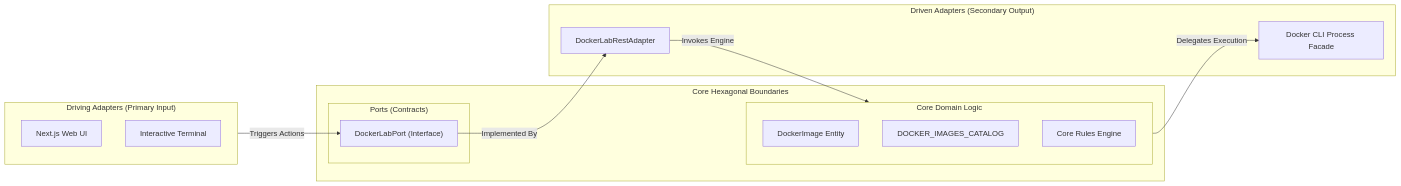
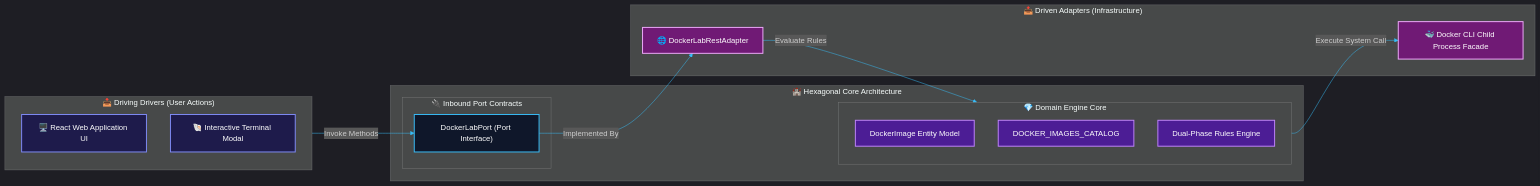
One commit to Chief-Strategist-J/pipeline-management changed the second of 5 diagrams in architecture/DOCKER_LAB_ARCHITECTURE.md. Above: the diagram before and after it, drawn with Mermaid. The commit also changed other lines of this file and 1 other file, not shown here.

Commit message:
feat(rules-engine): add dedicated execution strategy rules for all 47+ infrastructure images and upgrade Mermaid diagrams in architecture docs

````diff
--- a/architecture/DOCKER_LAB_ARCHITECTURE.md
+++ b/architecture/DOCKER_LAB_ARCHITECTURE.md
@@ -103,28 +111,34 @@
 ```mermaid
+%%{init: {'theme': 'dark', 'themeVariables': { 'primaryColor': '#064e3b', 'primaryTextColor': '#ffffff', 'primaryBorderColor': '#34d399', 'lineColor': '#38bdf8'}}}%%
 graph LR
-    subgraph Drivers["Driving Adapters (Primary Input)"]
-        WebUI["Next.js Web UI"]
-        CLITerminal["Interactive Terminal"]
+    classDef driverStyle fill:#1e1b4b,stroke:#818cf8,stroke-width:2px,color:#fff;
+    classDef portStyle fill:#0f172a,stroke:#38bdf8,stroke-width:2px,color:#fff;
+    classDef domainStyle fill:#4c1d95,stroke:#c084fc,stroke-width:2px,color:#fff;
+    classDef drivenStyle fill:#701a75,stroke:#f0abfc,stroke-width:2px,color:#fff;
+
+    subgraph Drivers["📥 Driving Drivers (User Actions)"]
+        WebUI["🖥️ React Web Application UI"]:::driverStyle
+        CLITerminal["🐚 Interactive Terminal Modal"]:::driverStyle
     end
 
-    subgraph Application["Core Hexagonal Boundaries"]
-        subgraph Ports["Ports (Contracts)"]
-            InboundPort["DockerLabPort (Interface)"]
+    subgraph Application["🏰 Hexagonal Core Architecture"]
+        subgraph Ports["🔌 Inbound Port Contracts"]
+            InboundPort["DockerLabPort (Port Interface)"]:::portStyle
         end
-        subgraph Domain["Core Domain Logic"]
-            Entities["DockerImage Entity"]
-            Catalog["DOCKER_IMAGES_CATALOG"]
-            RulesEngine["Core Rules Engine"]
+        subgraph Domain["💎 Domain Engine Core"]
+            Entities["DockerImage Entity Model"]:::domainStyle
+            Catalog["DOCKER_IMAGES_CATALOG"]:::domainStyle
+            RulesEngine["Dual-Phase Rules Engine"]:::domainStyle
         end
     end
 
-    subgraph Driven["Driven Adapters (Secondary Output)"]
-        RESTAdapter["DockerLabRestAdapter"]
-        DockerCLI["Docker CLI Process Facade"]
+    subgraph Driven["📤 Driven Adapters (Infrastructure)"]
+        RESTAdapter["🌐 DockerLabRestAdapter"]:::drivenStyle
+        DockerCLI["🐳 Docker CLI Child Process Facade"]:::drivenStyle
     end
 
-    Drivers -->|Triggers Actions| InboundPort
+    Drivers -->|Invoke Methods| InboundPort
     InboundPort -->|Implemented By| RESTAdapter
-    RESTAdapter -->|Invokes Engine| Domain
-    Domain -->|Delegates Execution| DockerCLI
+    RESTAdapter -->|Evaluate Rules| Domain
+    Domain -->|Execute System Call| DockerCLI
 ```
````
